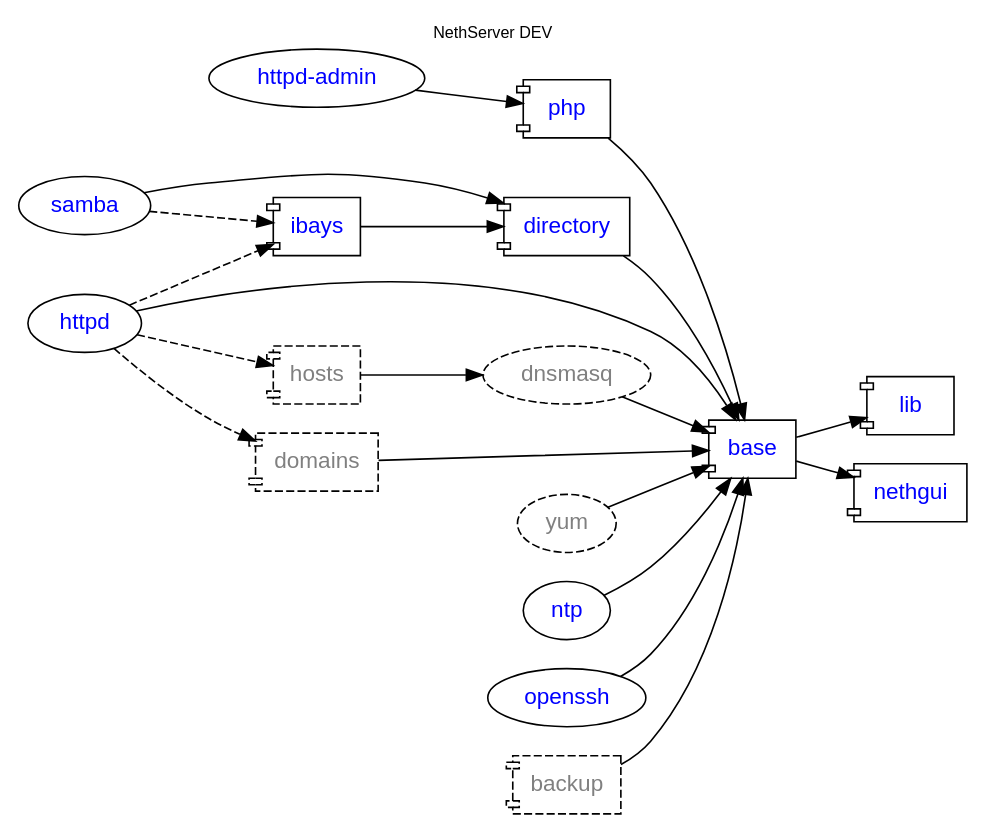
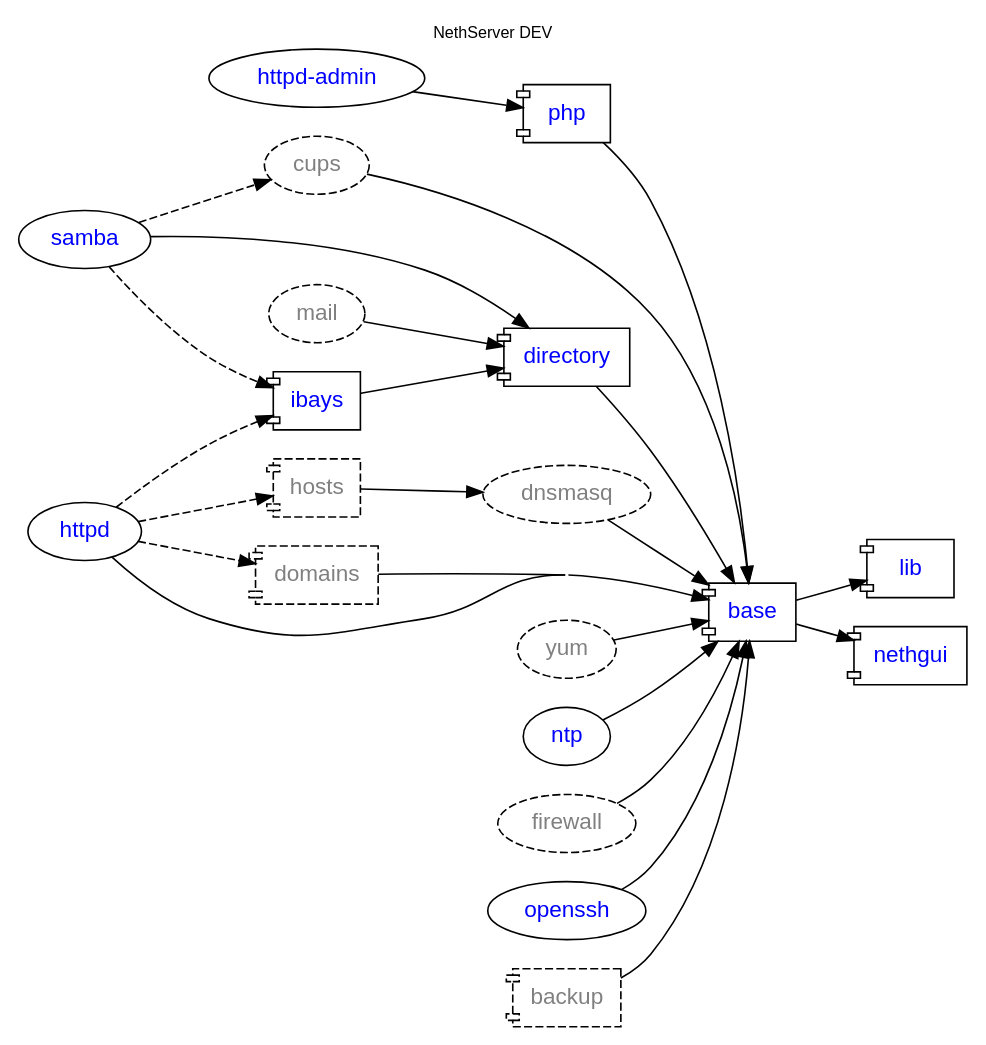
One commit to nethesis/dev-nethesis-it changed the diagram in nethserver/package-dependencies.dot. Above: the diagram before and after it, drawn with Graphviz.

Commit message:
Added cups, firewall and mail packages.

```diff
--- a/nethserver/package-dependencies.dot
+++ b/nethserver/package-dependencies.dot
@@ -1,42 +1,49 @@
 digraph DEV {
     rankdir = "LR"; compound = true; concentrate = true; fontname = "Helvetica"; fontnames="svg"; fontsize=10.0; label="NethServer DEV"; labelloc = "t"
     node [shape="oval",fontname="Helvetica"];
     httpd_admin [fontcolor=blue,label="httpd-admin",URL="http://dev.nethesis.it/projects/nethserver-httpd-admin"];
     base [fontcolor=blue,URL="http://dev.nethesis.it/projects/nethserver-base",shape="component"];
     directory [fontcolor=blue,URL="http://dev.nethesis.it/projects/nethserver-directory",shape="component"];    
     samba [fontcolor=blue,URL="http://dev.nethesis.it/projects/nethserver-samba"];    
     ibays [fontcolor=blue,URL="http://dev.nethesis.it/projects/nethserver-ibays",shape="component"];    
     lib [fontcolor=blue,URL="http://dev.nethesis.it/projects/nethserver-lib",shape="component"];    
     httpd [fontcolor=blue,URL="http://dev.nethesis.it/projects/nethserver-httpd"];    
     hosts [style="dashed",fontcolor=gray,URL="http://dev.nethesis.it/projects/nethserver-hosts",shape="component"];
     php [fontcolor=blue,URL="http://dev.nethesis.it/projects/nethserver-php",shape="component"];
     domains [style="dashed",fontcolor=gray,URL="http://dev.nethesis.it/projects/nethserver-domains",shape="component"];
     yum [fontcolor=gray,URL="http://dev.nethesis.it/projects/nethserver-yum",style="dashed"];
     ntp [fontcolor=blue,URL="http://dev.nethesis.it/projects/nethserver-ntp"];
     dnsmasq [fontcolor=gray,URL="http://dev.nethesis.it/projects/nethserver-dnsmasq",style="dashed"];
+    mail [fontcolor=gray,URL="http://dev.nethesis.it/projects/nethserver-mail",style="dashed"];
+    cups [fontcolor=gray,URL="http://dev.nethesis.it/projects/nethserver-cups",style="dashed"];
+    firewall [fontcolor=gray,URL="http://dev.nethesis.it/projects/nethserver-firewall",style="dashed"];
     nethgui [fontcolor=blue,URL="http://dev.nethesis.it/projects/nethgui",shape="component"];    
     openssh [fontcolor=blue,URL="http://dev.nethesis.it/projects/nethserver-openssh"];
     backup [style="dashed",fontcolor=gray,shape="component"];
    
             
     base -> lib
     base -> nethgui
     openssh -> base
     directory -> base
     samba -> directory
     ibays -> directory
     httpd -> base
     hosts -> dnsmasq
     dnsmasq -> base
     httpd_admin -> php
     backup -> base
     samba -> ibays [style=dashed];
     httpd -> ibays [style=dashed]; 
     httpd -> hosts [style=dashed];
     httpd -> domains [style=dashed];
     domains -> base
     yum -> base
     ntp -> base
     php -> base
+    cups -> base
+    samba -> cups [style=dashed]
+    mail -> directory
+    firewall -> base
         
 }
```
